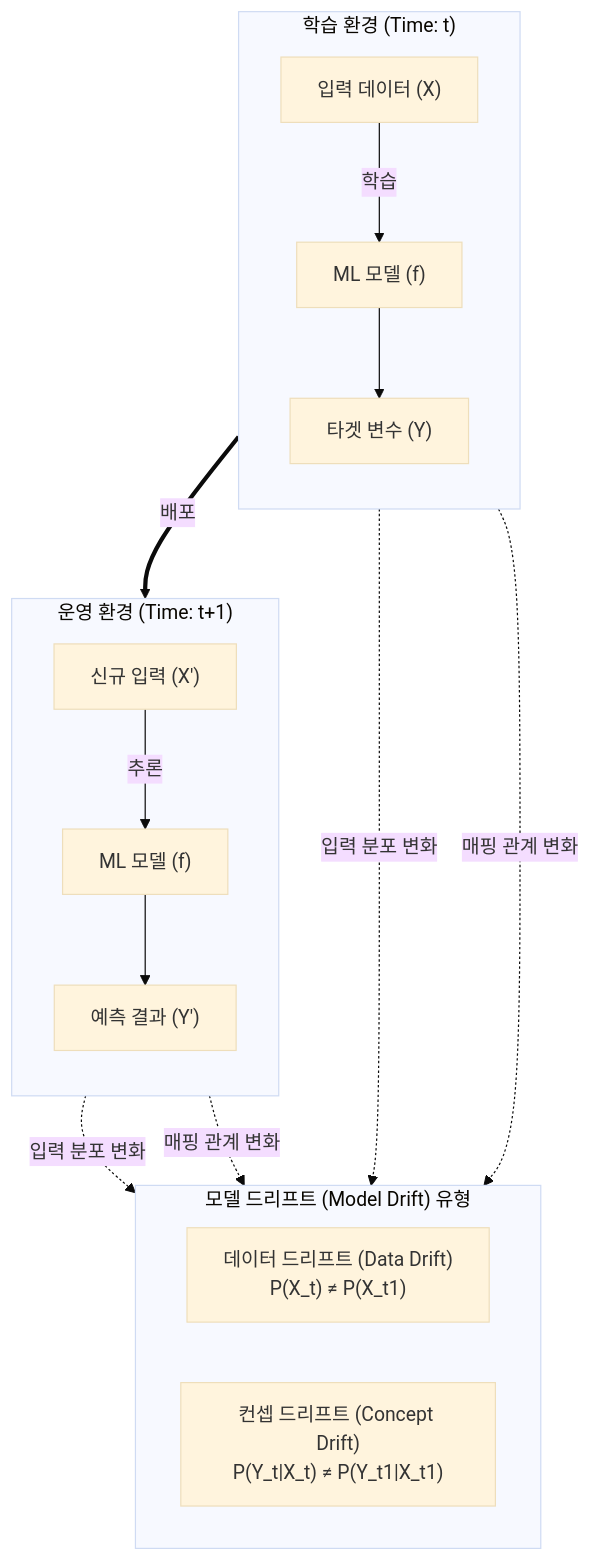
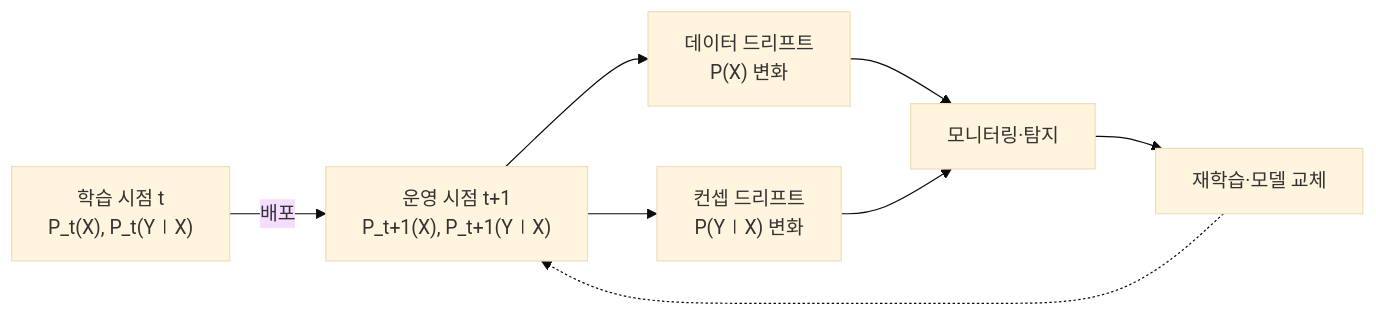
One commit to supremethumb/supremethumb.github.io changed the diagram in content/01_IT Tech/모델 드리프트 컨셉 드리프트 & 데이터 드리프트.md. Above: the diagram before and after it, drawn with Mermaid (base theme). The commit also changed other lines of this file and 1087 other files, not shown here.

````diff
--- a/content/01_IT Tech/모델 드리프트 컨셉 드리프트 & 데이터 드리프트.md
+++ b/content/01_IT Tech/모델 드리프트 컨셉 드리프트 & 데이터 드리프트.md
@@ -23,29 +38,9 @@
 ```mermaid
-flowchart TB
-    subgraph Training["학습 환경 (Time: t)"]
-        direction TB
-        X_t["입력 데이터 (X)"] -->|학습| Model["ML 모델 (f)"]
-        Model --> Y_t["타겟 변수 (Y)"]
-    end
-
-    subgraph Production["운영 환경 (Time: t+1)"]
-        direction TB
-        X_t1["신규 입력 (X')"] -->|추론| Model_P["ML 모델 (f)"]
-        Model_P --> Y_t1["예측 결과 (Y')"]
-    end
-
-    Training ==>|배포| Production
-
-    subgraph Drifts["모델 드리프트 (Model Drift) 유형"]
-        direction LR
-        DD["데이터 드리프트 (Data Drift)<br/>P(X_t) ≠ P(X_t1)"]
-        CD["컨셉 드리프트 (Concept Drift)<br/>P(Y_t|X_t) ≠ P(Y_t1|X_t1)"]
-    end
-
-    X_t -. "입력 분포 변화" .-> DD
-    X_t1 -. "입력 분포 변화" .-> DD
-    
-    Y_t -. "매핑 관계 변화" .-> CD
-    Y_t1 -. "매핑 관계 변화" .-> CD
-
+flowchart LR
+    TR["학습 시점 t<br/>P_t(X), P_t(Y∣X)"] -- "배포" --> PR["운영 시점 t+1<br/>P_t+1(X), P_t+1(Y∣X)"]
+    PR --> DD["데이터 드리프트<br/>P(X) 변화"]
+    PR --> CD["컨셉 드리프트<br/>P(Y∣X) 변화"]
+    DD & CD --> MON["모니터링·탐지"]
+    MON --> RT["재학습·모델 교체"]
+    RT -.-> PR
 ```
````
